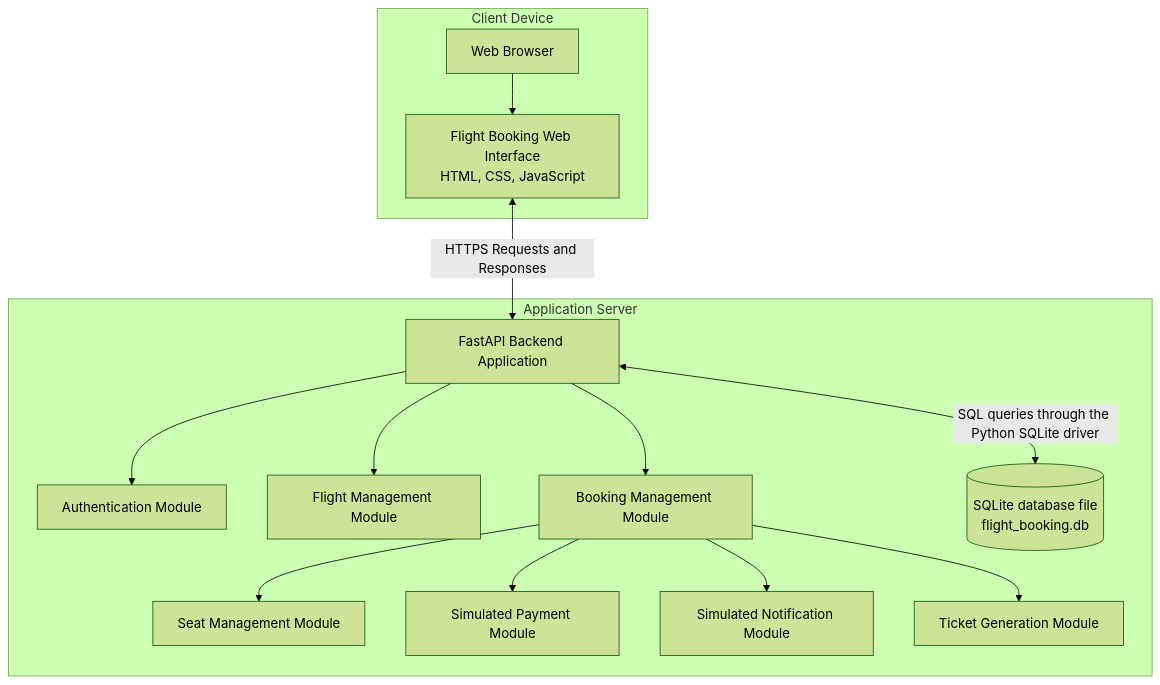
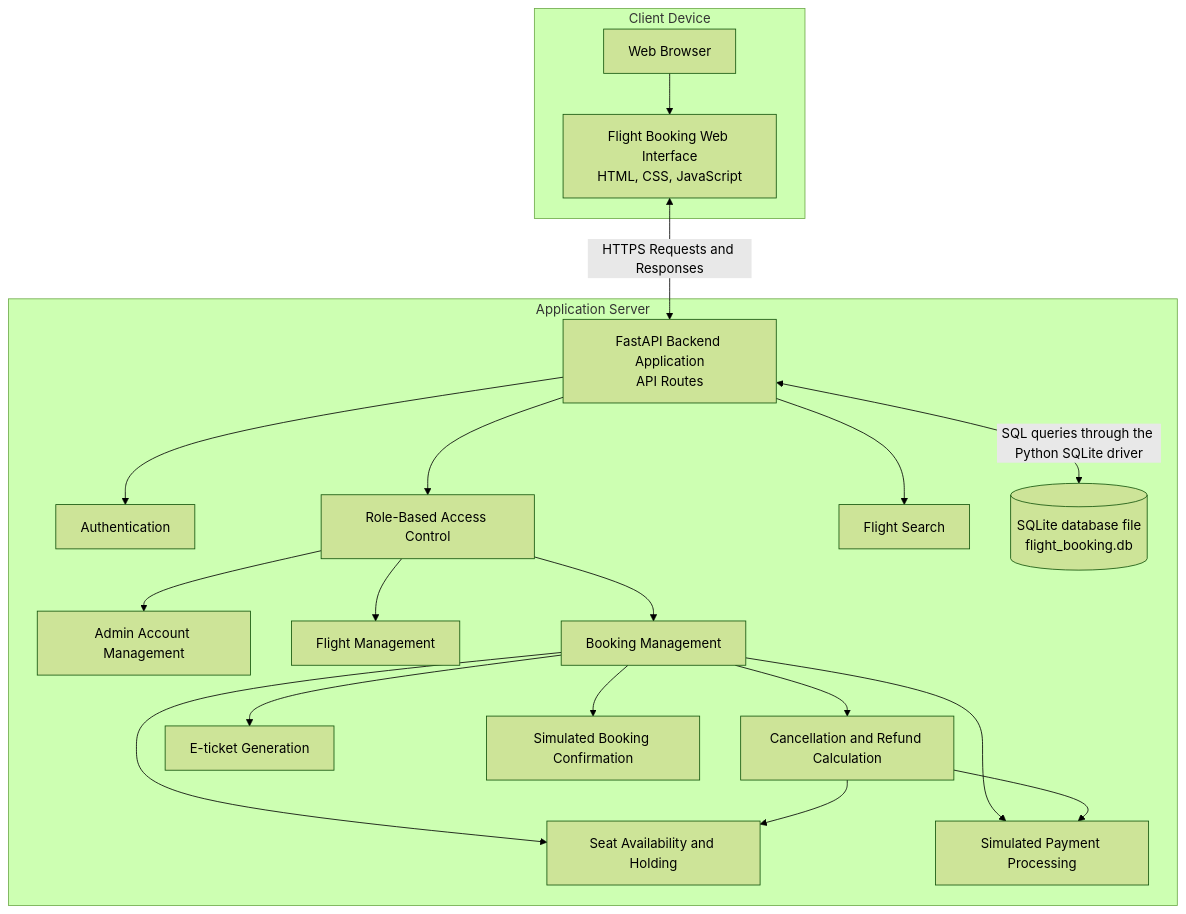
The diagram in uml/deployment_diagram.md (AbdalslamBondoq/Software-project-Flight-Booking-System), drawn with Mermaid (forest theme) before and after one commit. The commit also changed other lines of this file, not shown here.

Commit message:
docs: align deployment modules with the component diagram
The application server now contains the eleven components of the component diagram with the same names and relationships, adding Role-Based Access Control, Admin Account Management, Flight Search, and Cancellation and Refund Calculation. Updates the Software Components list and the component names in Communication Between Nodes.

````diff
--- a/uml/deployment_diagram.md
+++ b/uml/deployment_diagram.md
@@ -11,33 +11,43 @@
 ```mermaid
 flowchart TB
     subgraph Client["Client Device"]
         Browser["Web Browser"]
         UI["Flight Booking Web Interface<br/>HTML, CSS, JavaScript"]
         Browser --> UI
     end
 
     subgraph Server["Application Server"]
-        FastAPI["FastAPI Backend Application"]
+        FastAPI["FastAPI Backend Application<br/>API Routes"]
 
-        Auth["Authentication Module"]
-        Flight["Flight Management Module"]
-        Booking["Booking Management Module"]
-        Seat["Seat Management Module"]
-        Payment["Simulated Payment Module"]
-        Notification["Simulated Notification Module"]
-        Ticket["Ticket Generation Module"]
+        Auth["Authentication"]
+        Access["Role-Based Access Control"]
+        Accounts["Admin Account Management"]
+        Search["Flight Search"]
+        FlightAdmin["Flight Management"]
+        Booking["Booking Management"]
+        Seats["Seat Availability and Holding"]
+        Cancellation["Cancellation and Refund Calculation"]
+        Payment["Simulated Payment Processing"]
+        Ticket["E-ticket Generation"]
+        Notification["Simulated Booking Confirmation"]
 
         FastAPI --> Auth
-        FastAPI --> Flight
-        FastAPI --> Booking
-        Booking --> Seat
+        FastAPI --> Access
+        FastAPI --> Search
+        Access --> Accounts
+        Access --> FlightAdmin
+        Access --> Booking
+        Booking --> Seats
         Booking --> Payment
+        Booking --> Ticket
         Booking --> Notification
-        Booking --> Ticket
+        Booking --> Cancellation
+        Cancellation --> Payment
+        Cancellation --> Seats
 
         DB[("SQLite database file<br/>flight_booking.db")]
     end
 
     UI <-->|HTTPS Requests and Responses| FastAPI
     FastAPI <-->|SQL queries through the Python SQLite driver| DB
 ```
````
